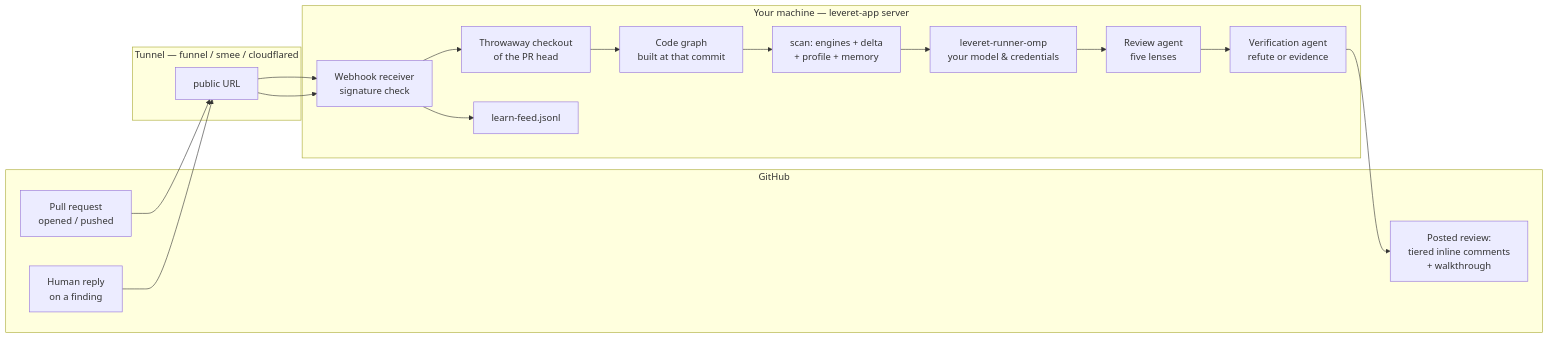
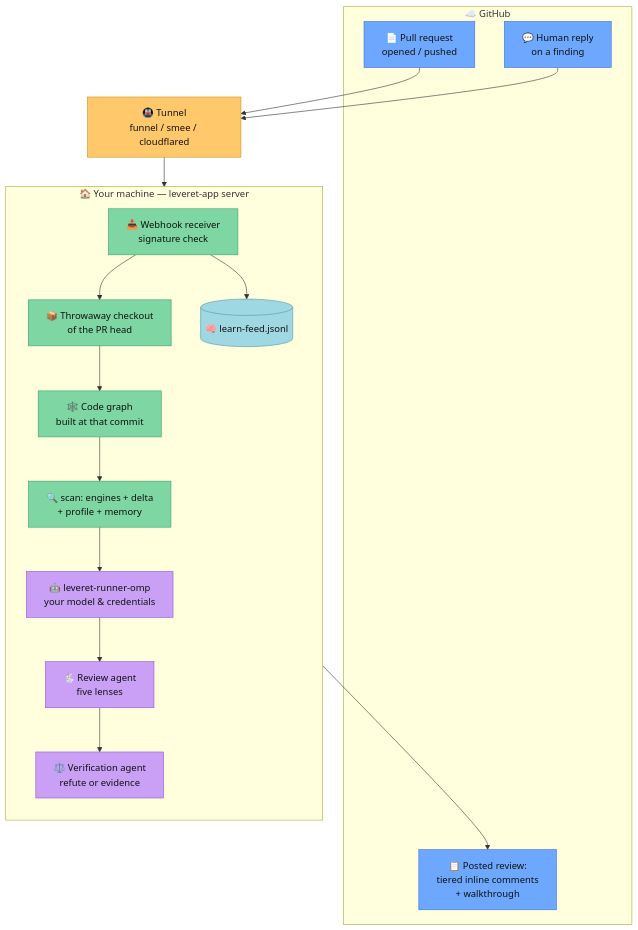
Before and after one commit to andrebrait/leveret: the diagram in docs/app.md, drawn with Mermaid. The commit also changed 2 other files, not shown here.

Commit message:
docs: diagrams get roles by color, vertical layout for mobile
Consistent classes across all three flowcharts — GitHub blue, tunnel
amber, deterministic core green, agents purple, stores teal — mid-tone
fills with dark text so they read on both light and dark themes, no
background set (GitHub's mermaid canvas stays transparent). Layouts
switch to top-down so phones don't shrink a long horizontal line into
illegibility; a little icon flavor per node.

````diff
--- a/docs/app.md
+++ b/docs/app.md
@@ -62,28 +62,33 @@
 ```mermaid
-flowchart LR
-    subgraph GitHub
-        PR[Pull request<br>opened / pushed]
-        REV[Posted review:<br>tiered inline comments<br>+ walkthrough]
-        REPLY[Human reply<br>on a finding]
+flowchart TD
+    subgraph GitHub["☁️ GitHub"]
+        PR["📄 Pull request<br>opened / pushed"]:::gh
+        REV["📋 Posted review:<br>tiered inline comments<br>+ walkthrough"]:::gh
+        REPLY["💬 Human reply<br>on a finding"]:::gh
     end
 
-    subgraph tunnel [Tunnel — funnel / smee / cloudflared]
-        T[public URL]
-    end
+    T["🚇 Tunnel<br>funnel / smee / cloudflared"]:::tun
 
-    subgraph your [Your machine — leveret-app server]
-        WH[Webhook receiver<br>signature check]
-        CO[Throwaway checkout<br>of the PR head]
-        CG[Code graph<br>built at that commit]
-        SCAN[scan: engines + delta<br>+ profile + memory]
-        RUN[leveret-runner-omp<br>your model & credentials]
-        RA[Review agent<br>five lenses]
-        VA[Verification agent<br>refute or evidence]
-        FEED[learn-feed.jsonl]
+    subgraph your["🏠 Your machine — leveret-app server"]
+        direction TB
+        WH["📥 Webhook receiver<br>signature check"]:::core
+        CO["📦 Throwaway checkout<br>of the PR head"]:::core
+        CG["🕸️ Code graph<br>built at that commit"]:::core
+        SCAN["🔍 scan: engines + delta<br>+ profile + memory"]:::core
+        RUN["🤖 leveret-runner-omp<br>your model & credentials"]:::agent
+        RA["🐇 Review agent<br>five lenses"]:::agent
+        VA["⚖️ Verification agent<br>refute or evidence"]:::agent
+        FEED[("🧠 learn-feed.jsonl")]:::store
     end
 
     PR --> T --> WH --> CO --> CG --> SCAN --> RUN
     RUN --> RA --> VA
     VA --> REV
-    REPLY --> T --> WH --> FEED
+    REPLY --> T
+    WH --> FEED
+    classDef gh fill:#6ea8fe,stroke:#3d6fd9,color:#111
+    classDef tun fill:#ffc86b,stroke:#cc8f22,color:#111
+    classDef core fill:#7ed6a2,stroke:#3d9e6a,color:#111
+    classDef agent fill:#c9a0f5,stroke:#9059d1,color:#111
+    classDef store fill:#9fd8e3,stroke:#4d9aab,color:#111
 ```
````
